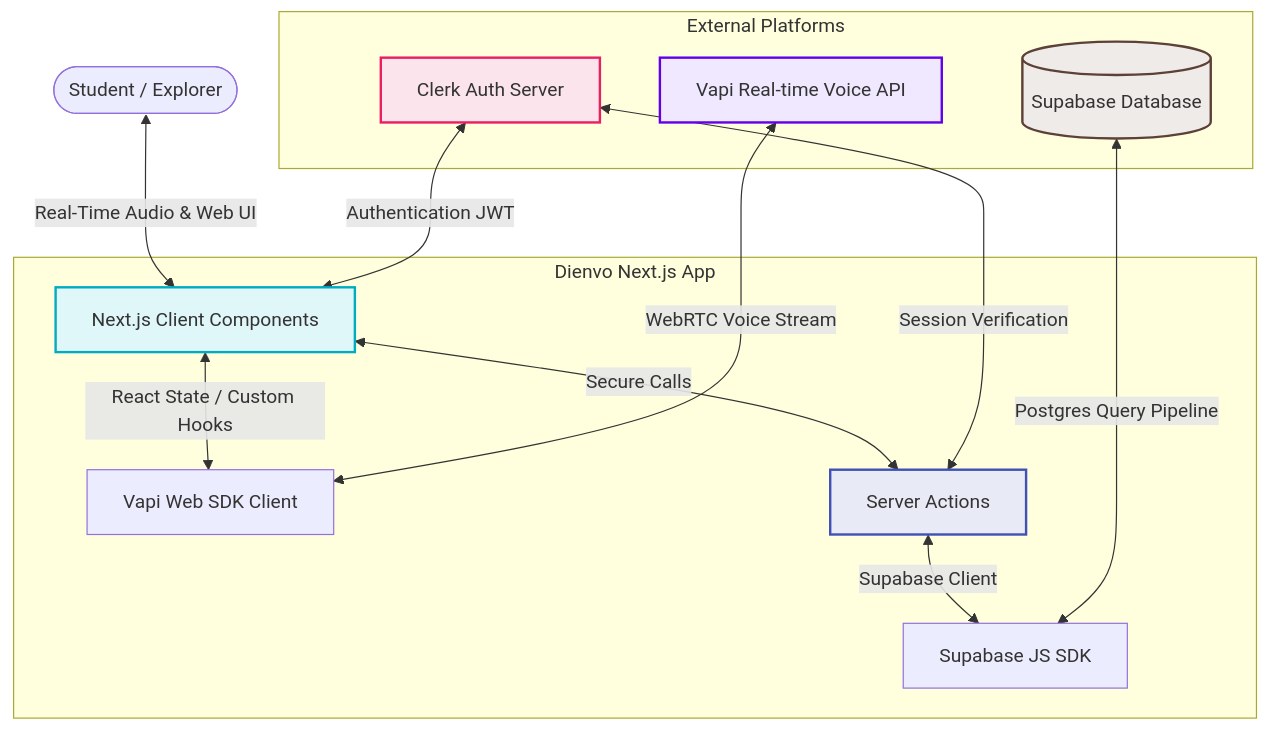
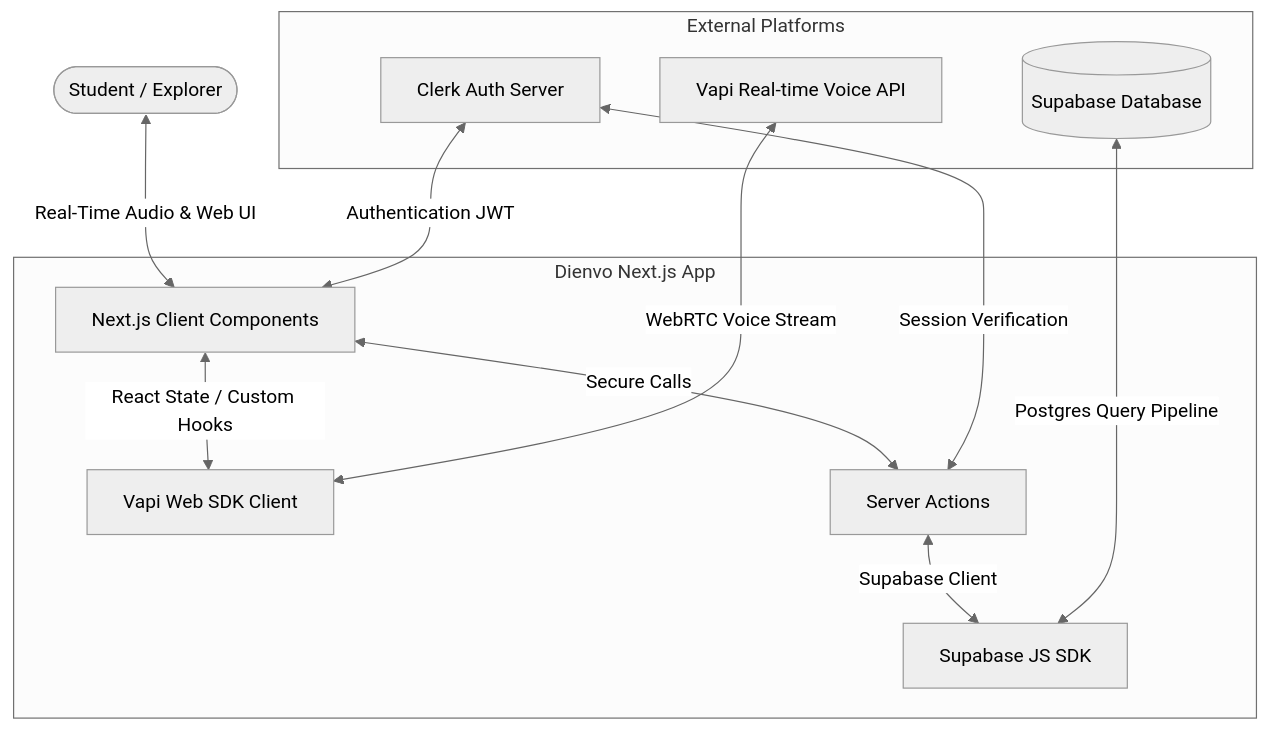
One commit to ShubhamKumarSahu-svg/Dienvo changed the first of 5 diagrams in README.md. Above: the diagram before and after it, drawn with Mermaid. The commit also changed other lines of this file, not shown here.

Commit message:
docs: fix state diagram note syntax error and set monochrome themes for all diagrams

````diff
--- a/README.md
+++ b/README.md
@@ -13,23 +13,18 @@
 ```mermaid
+%%{init: {'theme': 'neutral'}}%%
 graph TD
     User([Student / Explorer]) <--> |Real-Time Audio & Web UI| FE[Next.js Client Components]
     
     subgraph Dienvo Next.js App
         FE <--> |React State / Custom Hooks| VapiClient[Vapi Web SDK Client]
         FE <--> |Secure Calls| SA[Server Actions]
         SA <--> |Supabase Client| DBClient[Supabase JS SDK]
     end
 
     subgraph External Platforms
         Clerk[Clerk Auth Server] <--> |Authentication JWT| FE
         Clerk <--> |Session Verification| SA
         Vapi[Vapi Real-time Voice API] <--> |WebRTC Voice Stream| VapiClient
         Supabase[(Supabase Database)] <--> |Postgres Query Pipeline| DBClient
     end
-    
-    style FE fill:#e0f7fa,stroke:#00acc1,stroke-width:2px
-    style SA fill:#e8eaf6,stroke:#3f51b5,stroke-width:2px
-    style Clerk fill:#fce4ec,stroke:#e91e63,stroke-width:2px
-    style Supabase fill:#efebe9,stroke:#5d4037,stroke-width:2px
-    style Vapi fill:#efe8ff,stroke:#6200ea,stroke-width:2px
 ```
````
